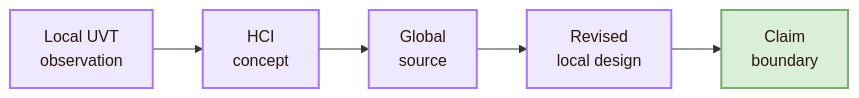
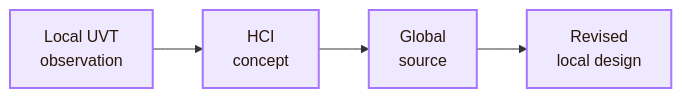
Before and after one commit to andreitegzes06-ui/CogniShire: the fifth of 8 diagrams in 01_Core_Area_HCI/001_Subareas/01_Understanding_the_User/Local and Global.md, drawn with Mermaid. The commit also changed other lines of this file and 131 other files, not shown here.

````diff
--- a/01_Core_Area_HCI/001_Subareas/01_Understanding_the_User/Local and Global.md
+++ b/01_Core_Area_HCI/001_Subareas/01_Understanding_the_User/Local and Global.md
@@ -237,13 +232,12 @@
 ```mermaid
 flowchart LR
     A[Local UVT<br/>observation] --> B[HCI<br/>concept]
     B --> C[Global<br/>source]
     C --> D[Revised<br/>local design]
-    D --> E[Claim<br/>boundary]
 
     classDef node fill:#eee9ff,stroke:#a875ff,color:#2b160b,stroke-width:2px;
     classDef final fill:#d9efd7,stroke:#7cab72,color:#2b160b,stroke-width:2px;
 
     class A,B,C,D node;
     class E final;
 ```
````
